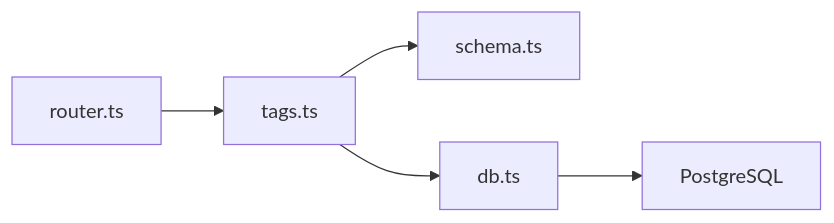
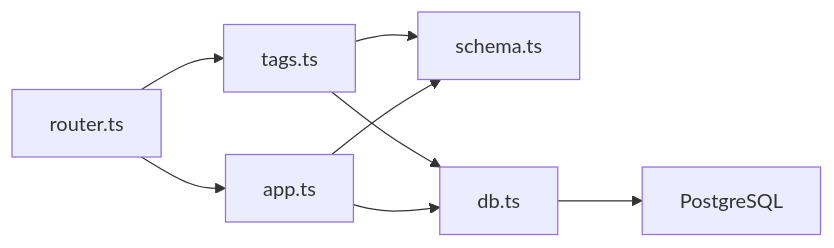
The ninth of 9 diagrams in .qoder/repowiki/zh/content/核心功能模块/标签管理系统.md (RadiumAg/image-saas), drawn with Mermaid before and after one commit. The commit also changed other lines of this file and 6 other files, not shown here.

````diff
--- a/.qoder/repowiki/zh/content/核心功能模块/标签管理系统.md
+++ b/.qoder/repowiki/zh/content/核心功能模块/标签管理系统.md
@@ -291,7 +356,10 @@
 ```mermaid
 graph LR
 Router["router.ts"] --> Tags["tags.ts"]
+Router --> Apps["app.ts"]
 Tags --> Schema["schema.ts"]
+Apps --> Schema
 Tags --> DB["db.ts"]
+Apps --> DB
 DB --> Postgres["PostgreSQL"]
 ```
````
